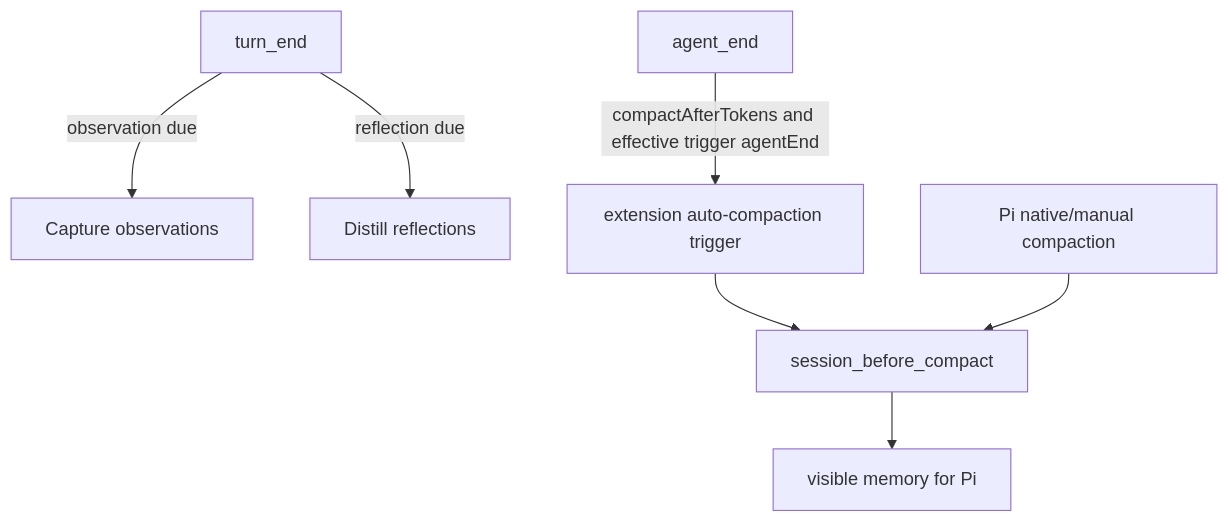
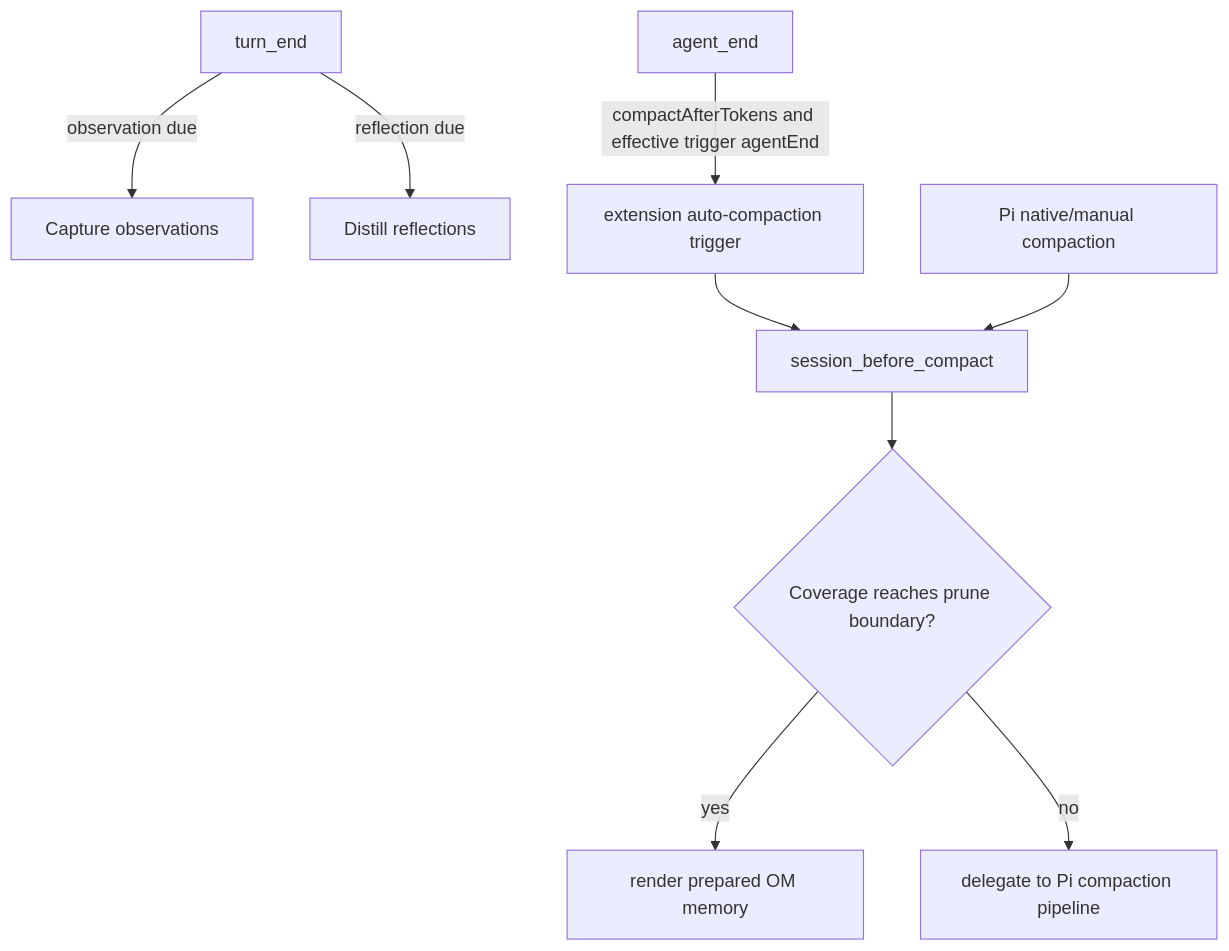
The diagram in README.md (Whamp/pi-observational-memory), drawn with Mermaid before and after one commit. The commit also changed other lines of this file and 21 other files, not shown here.

Commit message:
Enforce Compaction Authority at prune boundary (#4)

````diff
--- a/README.md
+++ b/README.md
@@ -345,16 +345,21 @@
 ```mermaid
 flowchart TD
     Turn[turn_end]
     Observe[Capture observations]
     Reflect[Distill reflections]
     AgentEnd[agent_end]
     Trigger[extension auto-compaction trigger]
     Native[Pi native/manual compaction]
     Compact[session_before_compact]
-    Summary[visible memory for Pi]
+    Authority{Coverage reaches prune boundary?}
+    Summary[render prepared OM memory]
+    Delegate[delegate to Pi compaction pipeline]
 
     Turn -->|observation due| Observe
     Turn -->|reflection due| Reflect
-    AgentEnd -->|compactAfterTokens and effective trigger agentEnd| Trigger --> Compact --> Summary
+    AgentEnd -->|compactAfterTokens and effective trigger agentEnd| Trigger --> Compact
     Native --> Compact
+    Compact --> Authority
+    Authority -->|yes| Summary
+    Authority -->|no| Delegate
 ```
````
